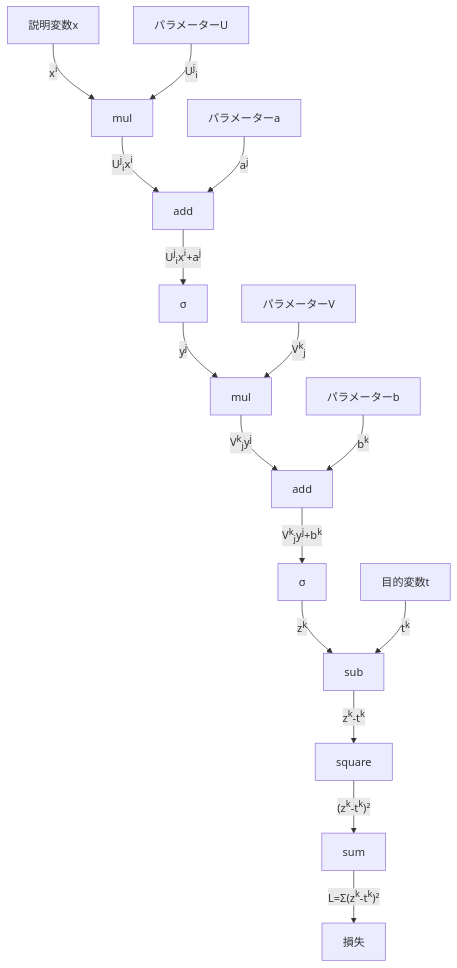
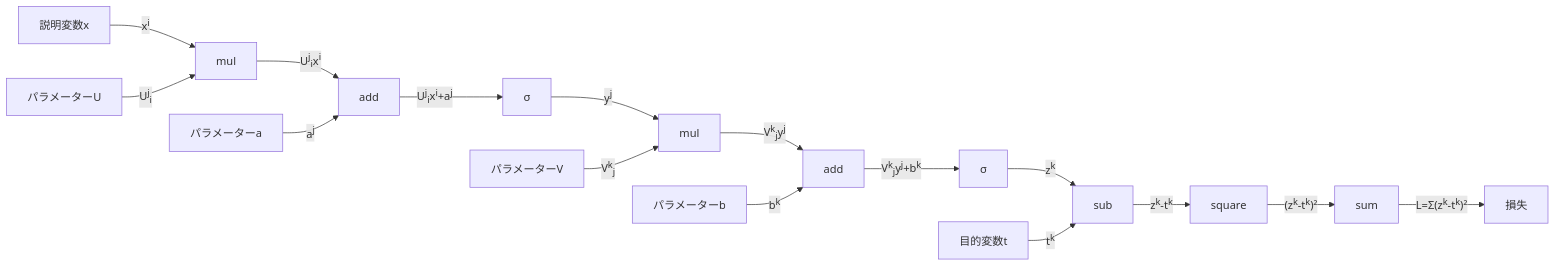
Before and after one commit to wskorng/UnyObsidian: the first of 4 diagrams in 機械学習汎用知識/誤差逆伝播法.md, drawn with Mermaid. The commit also changed other lines of this file, not shown here.

````diff
--- a/機械学習汎用知識/誤差逆伝播法.md
+++ b/機械学習汎用知識/誤差逆伝播法.md
@@ -4,25 +4,25 @@
 ```mermaid
-graph TB
+graph LR
     %% 入力層
     data_x["説明変数x"] --> |"x<sup>i</sup>"| mul1["mul"]
 
     %% 1層目
     param_U["パラメーターU"] --> |"U<sup>j</sup><sub>i</sub>"| mul1
     mul1 --> |"U<sup>j</sup><sub>i</sub>x<sup>i</sup>"| add1["add"]
     param_a["パラメーターa"] --> |"a<sup>j</sup>"| add1
     add1 --> |"U<sup>j</sup><sub>i</sub>x<sup>i</sup>+a<sup>j</sup>"| act1["σ"]
     act1 --> |"y<sup>j</sup>"| mul2["mul"]
     
     %% 2層目
     param_V["パラメーターV"] --> |"V<sup>k</sup><sub>j</sub>"| mul2
     mul2 --> |"V<sup>k</sup><sub>j</sub>y<sup>j</sup>"| add2["add"]
     param_b["パラメーターb"] --> |"b<sup>k</sup>"| add2
     add2 --> |"V<sup>k</sup><sub>j</sub>y<sup>j</sup>+b<sup>k</sup>"| act2["σ"]
     act2 --> |"z<sup>k</sup>"| sub["sub"]
     
     %% 出力層
     data_t["目的変数t"] --> |"t<sup>k</sup>"| sub
     sub --> |"z<sup>k</sup>-t<sup>k</sup>"| square["square"]
     square --> |"(z<sup>k</sup>-t<sup>k</sup>)²"| sum["sum"]
     sum --> |"L=Σ(z<sup>k</sup>-t<sup>k</sup>)²"| loss["損失"]
 ```
````
